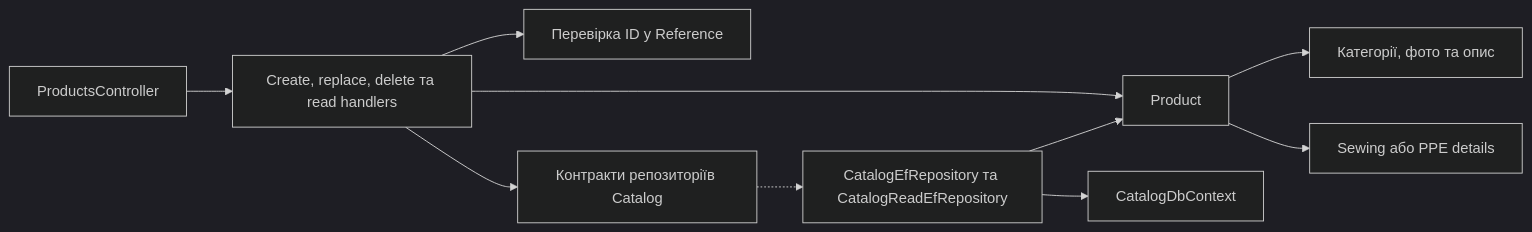
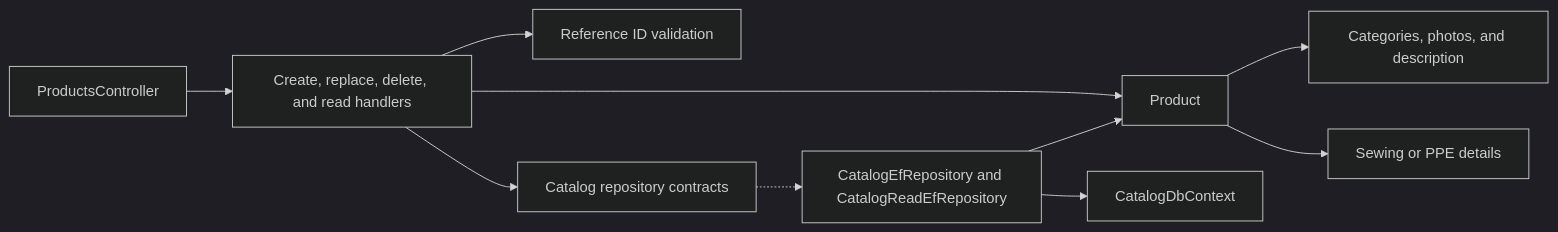
Before and after one commit to Weretik/BreviERP: the diagram in docs/sdd/features/catalog/products.md, drawn with Mermaid (dark theme). The commit also changed other lines of this file and 204 other files, not shown here.

````diff
--- a/docs/sdd/features/catalog/products.md
+++ b/docs/sdd/features/catalog/products.md
@@ -34,12 +34,12 @@
 ```mermaid
 flowchart LR
-    A["ProductsController"] --> B["Create, replace, delete та read handlers"]
-    B --> C["Перевірка ID у Reference"]
+    A["ProductsController"] --> B["Create, replace, delete, and read handlers"]
+    B --> C["Reference ID validation"]
     B --> D["Product"]
-    D --> E["Категорії, фото та опис"]
-    D --> F["Sewing або PPE details"]
-    B --> G["Контракти репозиторіїв Catalog"]
-    G -.-> H["CatalogEfRepository та CatalogReadEfRepository"]
+    D --> E["Categories, photos, and description"]
+    D --> F["Sewing or PPE details"]
+    B --> G["Catalog repository contracts"]
+    G -.-> H["CatalogEfRepository and CatalogReadEfRepository"]
     H --> I["CatalogDbContext"]
     H --> D
 ```
````
